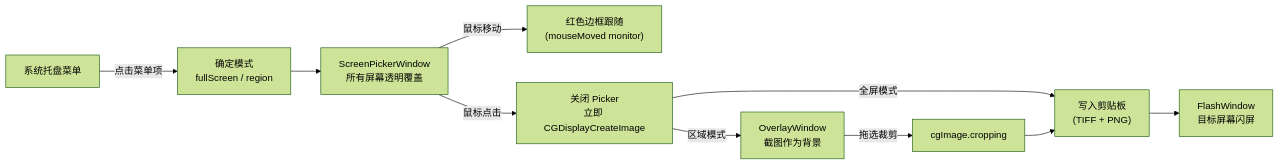
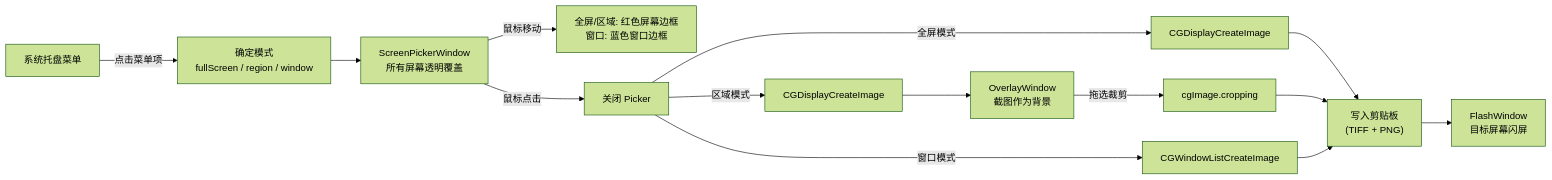
The diagram in docs/spec.md (zhangzhibin/better-snip), drawn with Mermaid (forest theme) before and after one commit. The commit also changed other lines of this file and 3 other files, not shown here.

First line of the commit message:
feat: 窗口截图功能

````diff
--- a/docs/spec.md
+++ b/docs/spec.md
@@ -23,12 +24,16 @@
 ```mermaid
 flowchart LR
-    Tray["系统托盘菜单"] -->|"点击菜单项"| Mode["确定模式\nfullScreen / region"]
+    Tray["系统托盘菜单"] -->|"点击菜单项"| Mode["确定模式\nfullScreen / region / window"]
     Mode --> Picker["ScreenPickerWindow\n所有屏幕透明覆盖"]
-    Picker -->|"鼠标移动"| Highlight["红色边框跟随\n(mouseMoved monitor)"]
-    Picker -->|"鼠标点击"| Selected["关闭 Picker\n立即 CGDisplayCreateImage"]
-    Selected -->|"全屏模式"| Clipboard["写入剪贴板\n(TIFF + PNG)"]
-    Selected -->|"区域模式"| Overlay["OverlayWindow\n截图作为背景"]
+    Picker -->|"鼠标移动"| Highlight["全屏/区域: 红色屏幕边框\n窗口: 蓝色窗口边框"]
+    Picker -->|"鼠标点击"| Selected["关闭 Picker"]
+    Selected -->|"全屏模式"| FullCap["CGDisplayCreateImage"]
+    Selected -->|"区域模式"| RegCap["CGDisplayCreateImage"]
+    Selected -->|"窗口模式"| WinCap["CGWindowListCreateImage"]
+    FullCap --> Clipboard["写入剪贴板\n(TIFF + PNG)"]
+    RegCap --> Overlay["OverlayWindow\n截图作为背景"]
     Overlay -->|"拖选裁剪"| Crop["cgImage.cropping"]
     Crop --> Clipboard
+    WinCap --> Clipboard
     Clipboard --> Flash["FlashWindow\n目标屏幕闪屏"]
 ```
````
